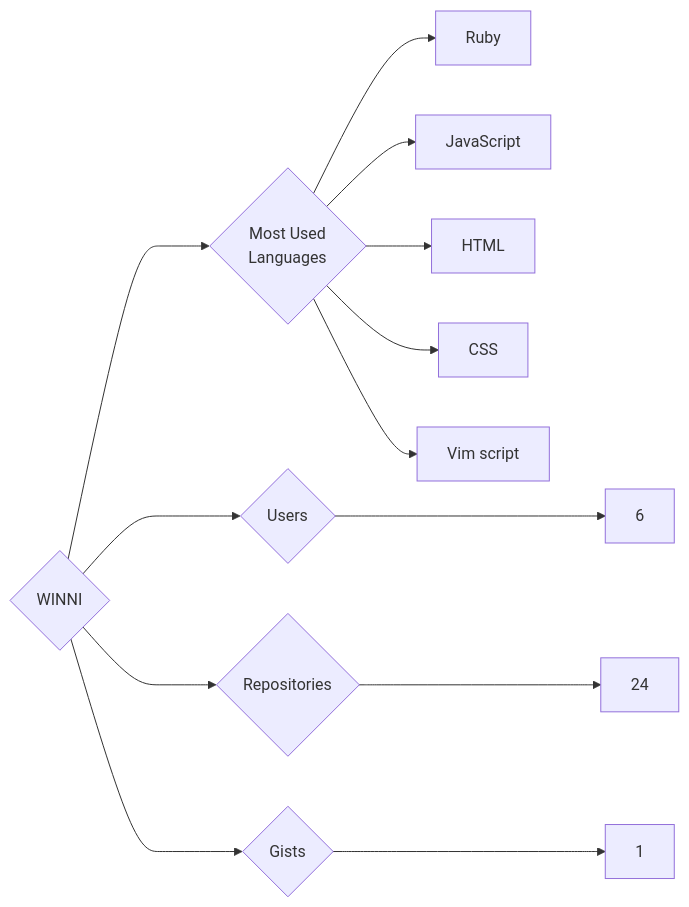
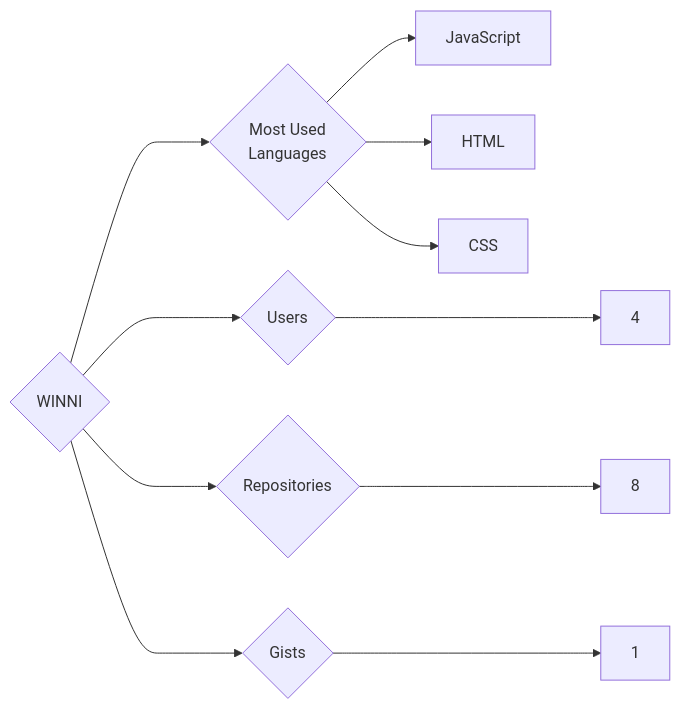
Before and after one commit to trickest/insiders: the diagram in targets/WINNI/README.md, drawn with Mermaid. The commit also changed 995 other files, not shown here.

````diff
--- a/targets/WINNI/README.md
+++ b/targets/WINNI/README.md
@@ -3,13 +3,11 @@
 ```mermaid
 graph LR
 COMPANY_NAME{WINNI}
-COMPANY_NAME ---> U{Users} ---> UN[6]
-COMPANY_NAME ---> R{Repositories} ---> RN[24]
+COMPANY_NAME ---> U{Users} ---> UN[4]
+COMPANY_NAME ---> R{Repositories} ---> RN[8]
 COMPANY_NAME ---> G{Gists} ---> GN[1]
 COMPANY_NAME ---> ML{Most Used<br>Languages}
-ML --> Ruby[Ruby]
 ML --> JavaScript[JavaScript]
 ML --> HTML[HTML]
 ML --> CSS[CSS]
-ML --> Vim_script[Vim script]
 ```
````
